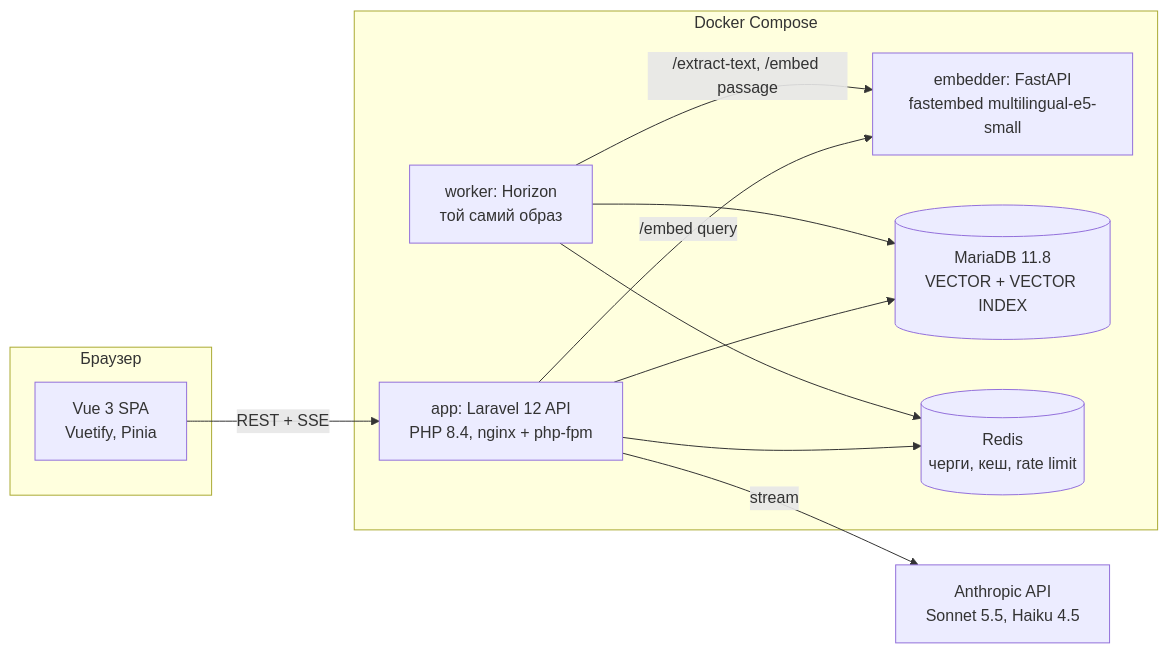
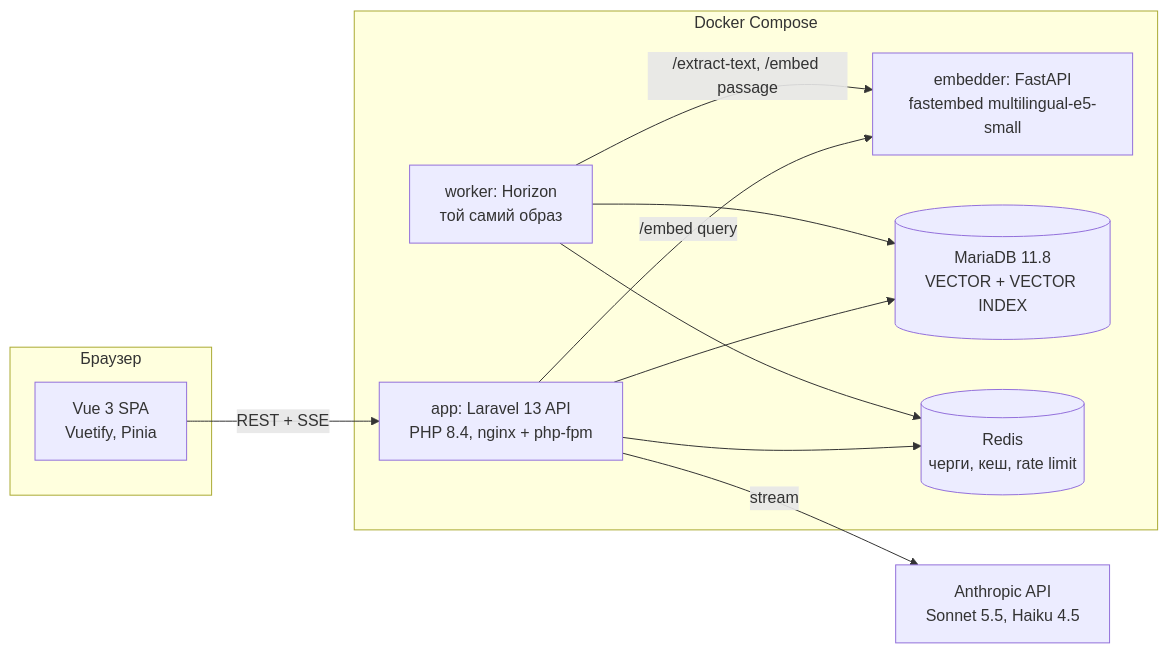
Before and after one commit to PanOleg/hurma-onboarding-mentor: the first of 3 diagrams in docs/superpowers/specs/2026-10-06-onboarding-mentor-design.md, drawn with Mermaid. The commit also changed other lines of this file and 1 other file, not shown here.

Commit message:
docs(plan): plan 1 of 3, process docs and vertical slice (15 tasks); spec: Laravel 13, MariaDB index note

````diff
--- a/docs/superpowers/specs/2026-10-06-onboarding-mentor-design.md
+++ b/docs/superpowers/specs/2026-10-06-onboarding-mentor-design.md
@@ -62,23 +62,23 @@
 ```mermaid
 flowchart LR
   subgraph browser[Браузер]
     SPA[Vue 3 SPA<br/>Vuetify, Pinia]
   end
   subgraph compose[Docker Compose]
-    APP[app: Laravel 12 API<br/>PHP 8.4, nginx + php-fpm]
+    APP[app: Laravel 13 API<br/>PHP 8.4, nginx + php-fpm]
     WORKER[worker: Horizon<br/>той самий образ]
     EMB[embedder: FastAPI<br/>fastembed multilingual-e5-small]
     DB[(MariaDB 11.8<br/>VECTOR + VECTOR INDEX)]
     REDIS[(Redis<br/>черги, кеш, rate limit)]
   end
   ANTHROPIC[Anthropic API<br/>Sonnet 5.5, Haiku 4.5]
 
   SPA -->|REST + SSE| APP
   APP --> DB
   APP --> REDIS
   APP -->|/embed query| EMB
   APP -->|stream| ANTHROPIC
   WORKER --> REDIS
   WORKER --> DB
   WORKER -->|/extract-text, /embed passage| EMB
 ```
````
